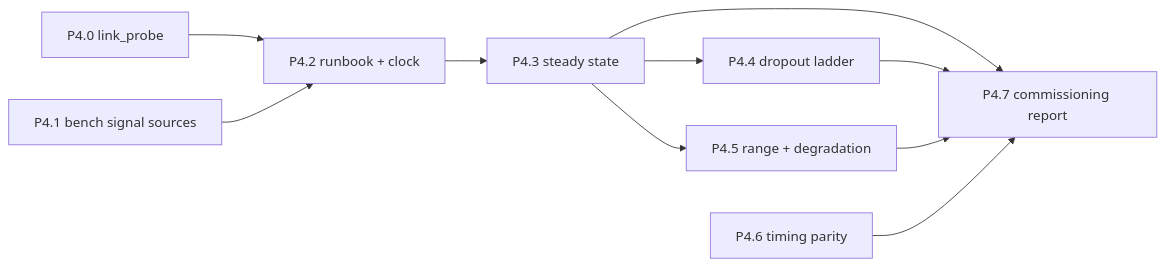
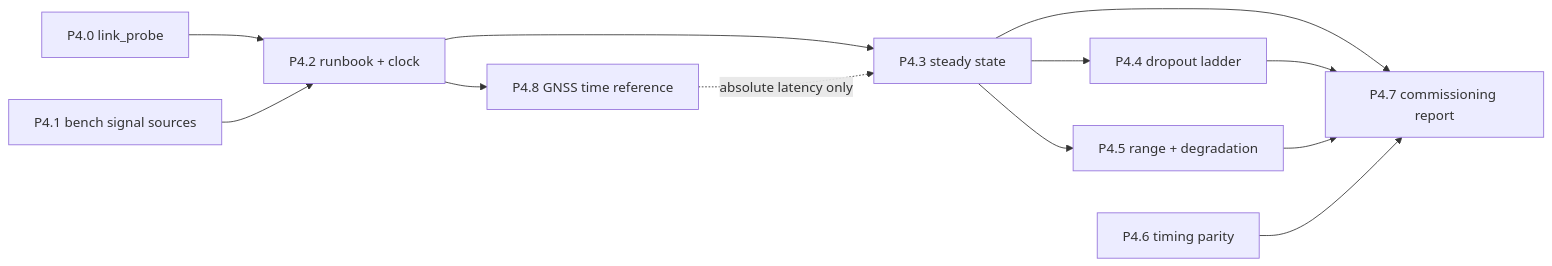
The diagram in docs/plan/PHASE4.md (Robert-McMahon/openlaps), drawn with Mermaid before and after one commit. The commit also changed other lines of this file and 2 other files, not shown here.

````diff
--- a/docs/plan/PHASE4.md
+++ b/docs/plan/PHASE4.md
@@ -118,13 +118,15 @@
 ```mermaid
 flowchart LR
   P40[P4.0 link_probe] --> P42[P4.2 runbook + clock]
   P41[P4.1 bench signal sources] --> P42
+  P42 --> P48[P4.8 GNSS time reference]
   P42 --> P43[P4.3 steady state]
+  P48 -.->|absolute latency only| P43
   P43 --> P44[P4.4 dropout ladder]
   P43 --> P45[P4.5 range + degradation]
   P46[P4.6 timing parity]
   P43 --> P47[P4.7 commissioning report]
   P44 --> P47
   P45 --> P47
   P46 --> P47
 ```
````
